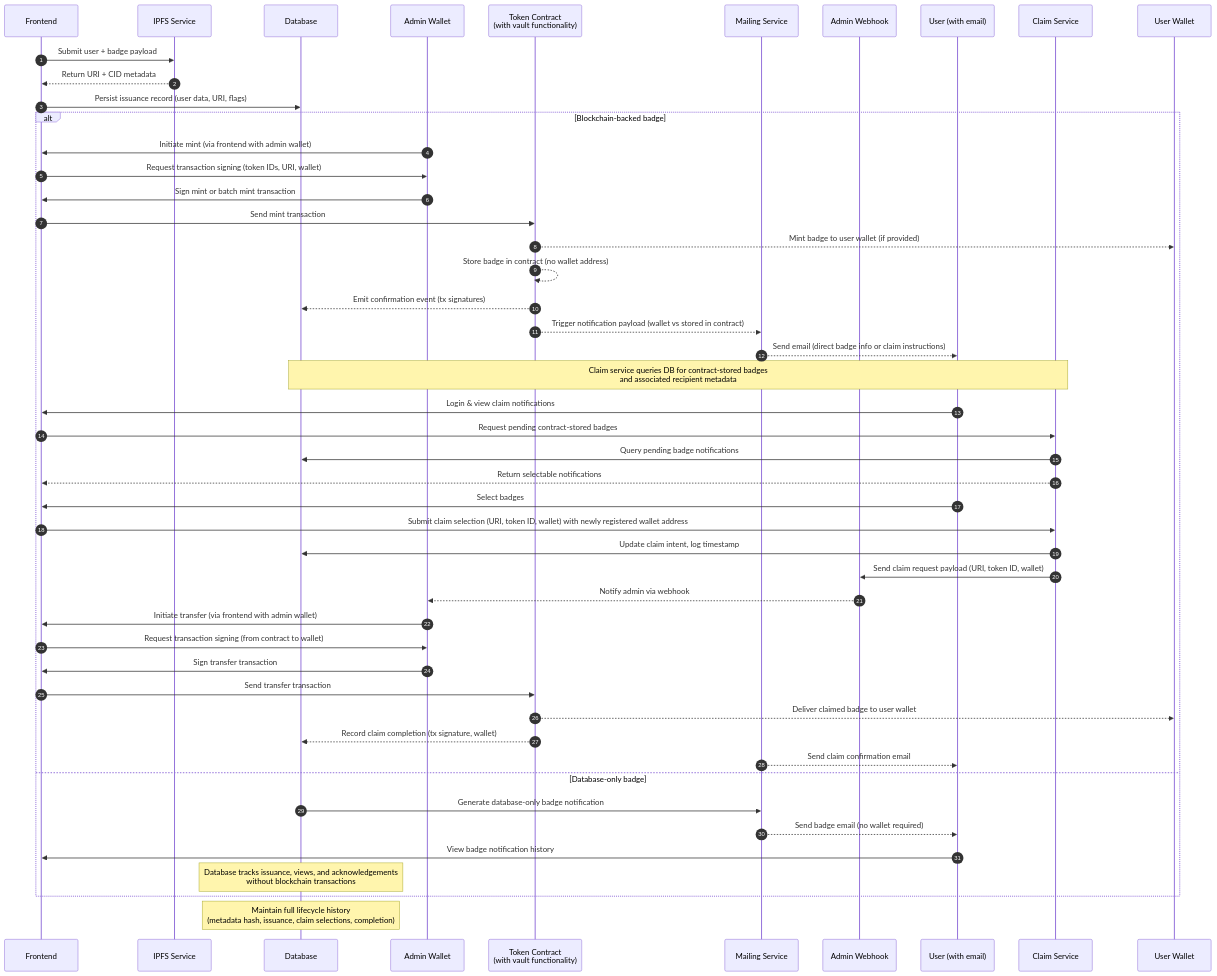
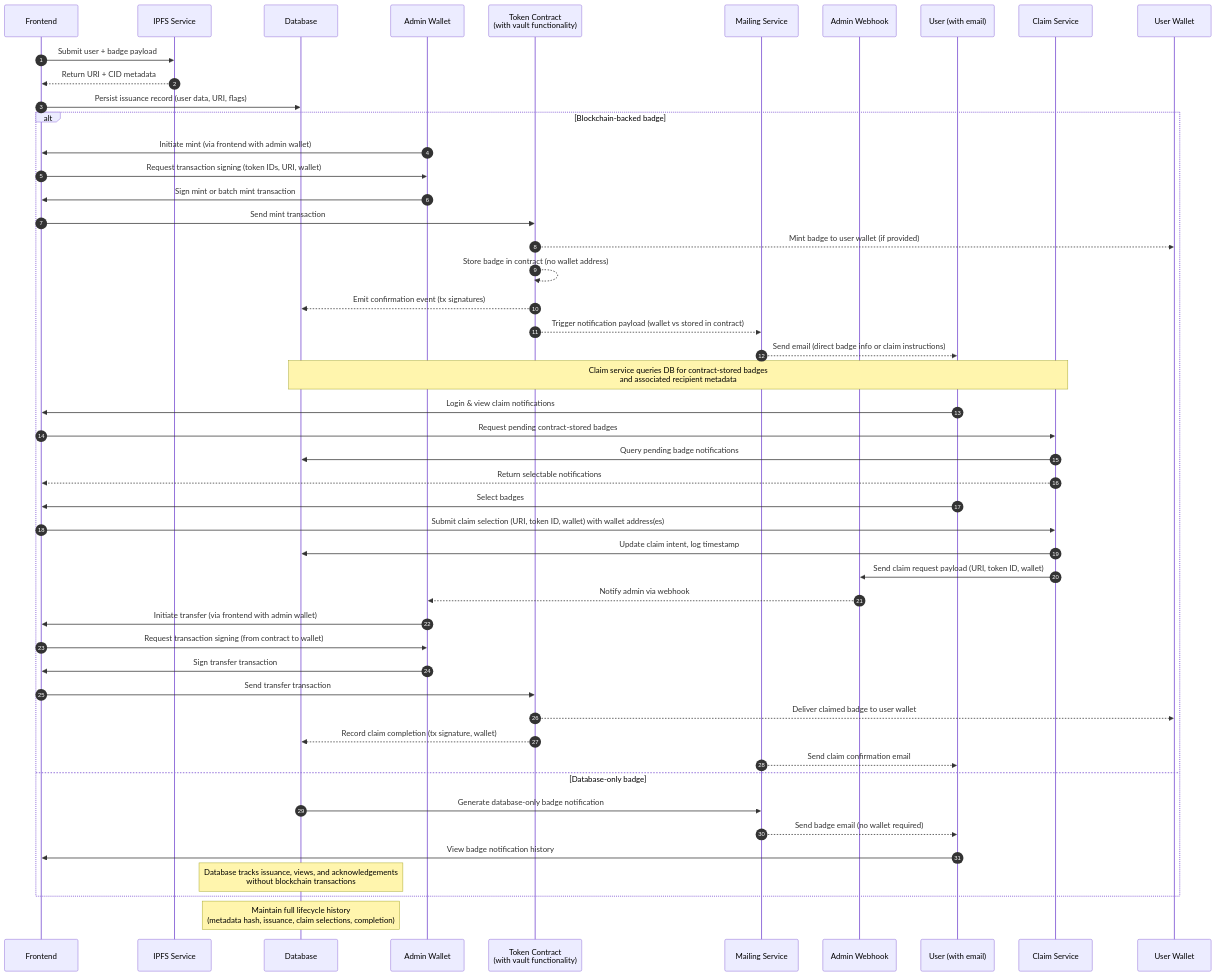
Before and after one commit to jonathanMLDev/cppa-unified-dashboard_01: the first of 2 diagrams in BoostBadgingSystem/Streamlined Badging Workflow.md, drawn with Mermaid. The commit also changed other lines of this file, not shown here.

````diff
--- a/BoostBadgingSystem/Streamlined Badging Workflow.md
+++ b/BoostBadgingSystem/Streamlined Badging Workflow.md
@@ -16,56 +16,56 @@
 ```mermaid
 sequenceDiagram
     autonumber
     participant FE as Frontend
     participant IPFS as IPFS Service
     participant DB as Database
     participant Admin as Admin Wallet
     participant Sol as Token Contract<br/>(with vault functionality)
     participant Mail as Mailing Service
     participant Hook as Admin Webhook
     participant User as User (with email)
     participant Claim as Claim Service
     participant Wallet as User Wallet
 
     FE->>IPFS: Submit user + badge payload
     IPFS-->>FE: Return URI + CID metadata
     FE->>DB: Persist issuance record (user data, URI, flags)
     alt Blockchain-backed badge
         Admin->>FE: Initiate mint (via frontend with admin wallet)
         FE->>Admin: Request transaction signing (token IDs, URI, wallet)
         Admin->>FE: Sign mint or batch mint transaction
         FE->>Sol: Send mint transaction
         Sol-->>Wallet: Mint badge to user wallet (if provided)
         Sol-->>Sol: Store badge in contract (no wallet address)
         Sol-->>DB: Emit confirmation event (tx signatures)
 
         Sol-->>Mail: Trigger notification payload (wallet vs stored in contract)
         Mail-->>User: Send email (direct badge info or claim instructions)
 
         Note over Claim,DB: Claim service queries DB for contract-stored badges<br/>and associated recipient metadata
 
         User->>FE: Login & view claim notifications
         FE->>Claim: Request pending contract-stored badges
         Claim->>DB: Query pending badge notifications
         Claim-->>FE: Return selectable notifications
         User->>FE: Select badges
-        FE->>Claim: Submit claim selection (URI, token ID, wallet) with newly registered wallet address
+        FE->>Claim: Submit claim selection (URI, token ID, wallet) with wallet address(es)
         Claim->>DB: Update claim intent, log timestamp
         Claim->>Hook: Send claim request payload (URI, token ID, wallet)
         Hook-->>Admin: Notify admin via webhook
         Admin->>FE: Initiate transfer (via frontend with admin wallet)
         FE->>Admin: Request transaction signing (from contract to wallet)
         Admin->>FE: Sign transfer transaction
         FE->>Sol: Send transfer transaction
         Sol-->>Wallet: Deliver claimed badge to user wallet
         Sol-->>DB: Record claim completion (tx signature, wallet)
         Mail-->>User: Send claim confirmation email
     else Database-only badge
         DB->>Mail: Generate database-only badge notification
         Mail-->>User: Send badge email (no wallet required)
         User->>FE: View badge notification history
         Note over DB: Database tracks issuance, views, and acknowledgements<br/>without blockchain transactions
     end
 
     Note over DB: Maintain full lifecycle history<br/>(metadata hash, issuance, claim selections, completion)
 ```
````
